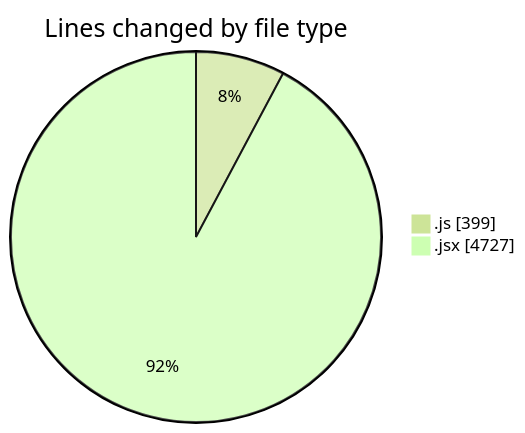
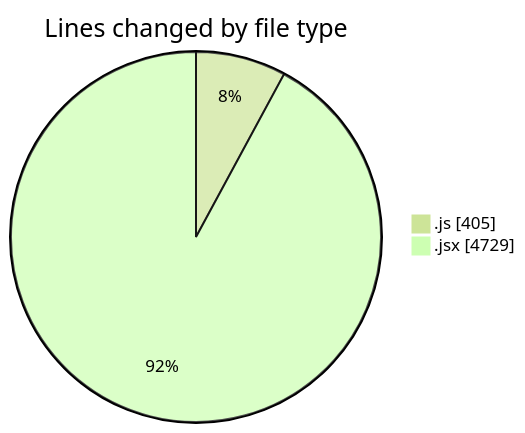
The first of 2 diagrams in 2025-05-21/nxtqube_webapp/README.md (nxtqubesakshisongat/code-tracking), drawn with Mermaid (forest theme) before and after one commit. The commit also changed other lines of this file and 1 other file, not shown here.

````diff
--- a/2025-05-21/nxtqube_webapp/README.md
+++ b/2025-05-21/nxtqube_webapp/README.md
@@ -26,6 +26,6 @@
 ```mermaid
 pie showData
 title Lines changed by file type
-".js" : 399
-".jsx" : 4727
+".js" : 405
+".jsx" : 4729
 ```
````
